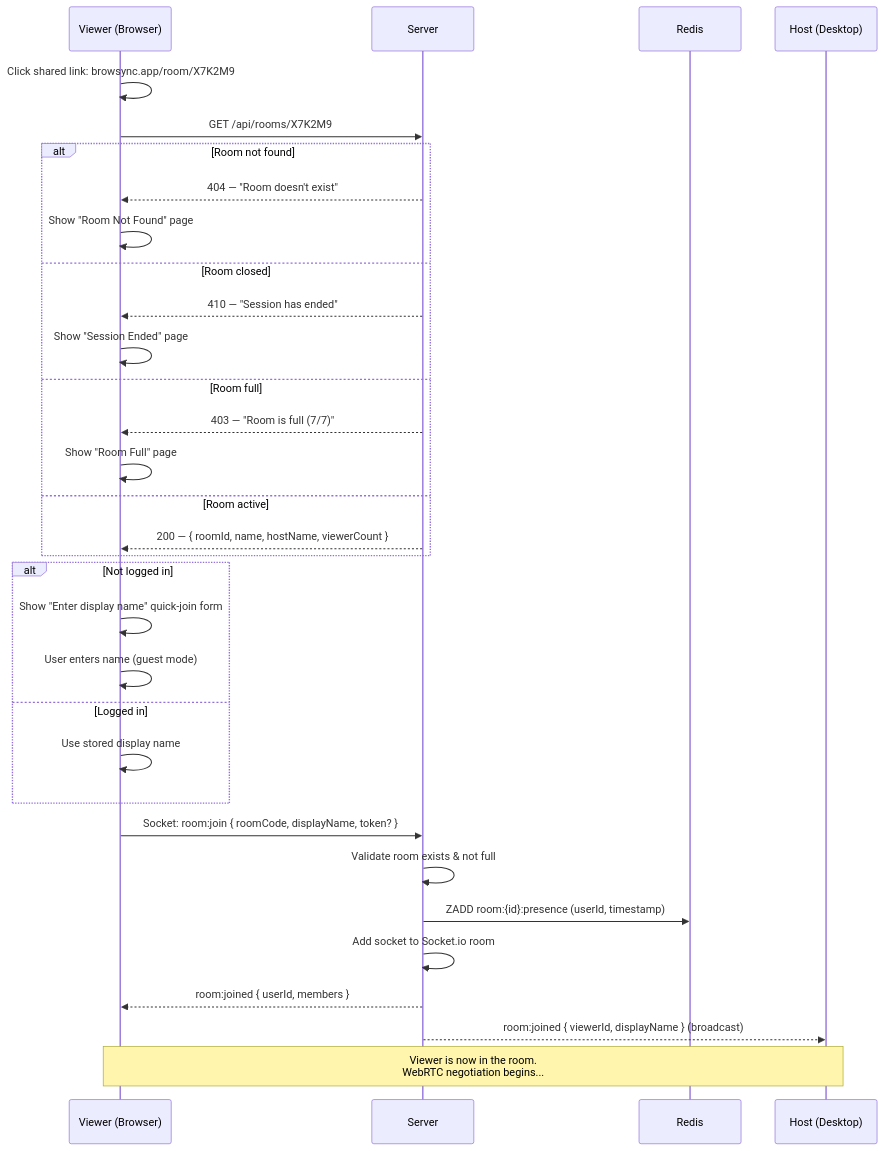
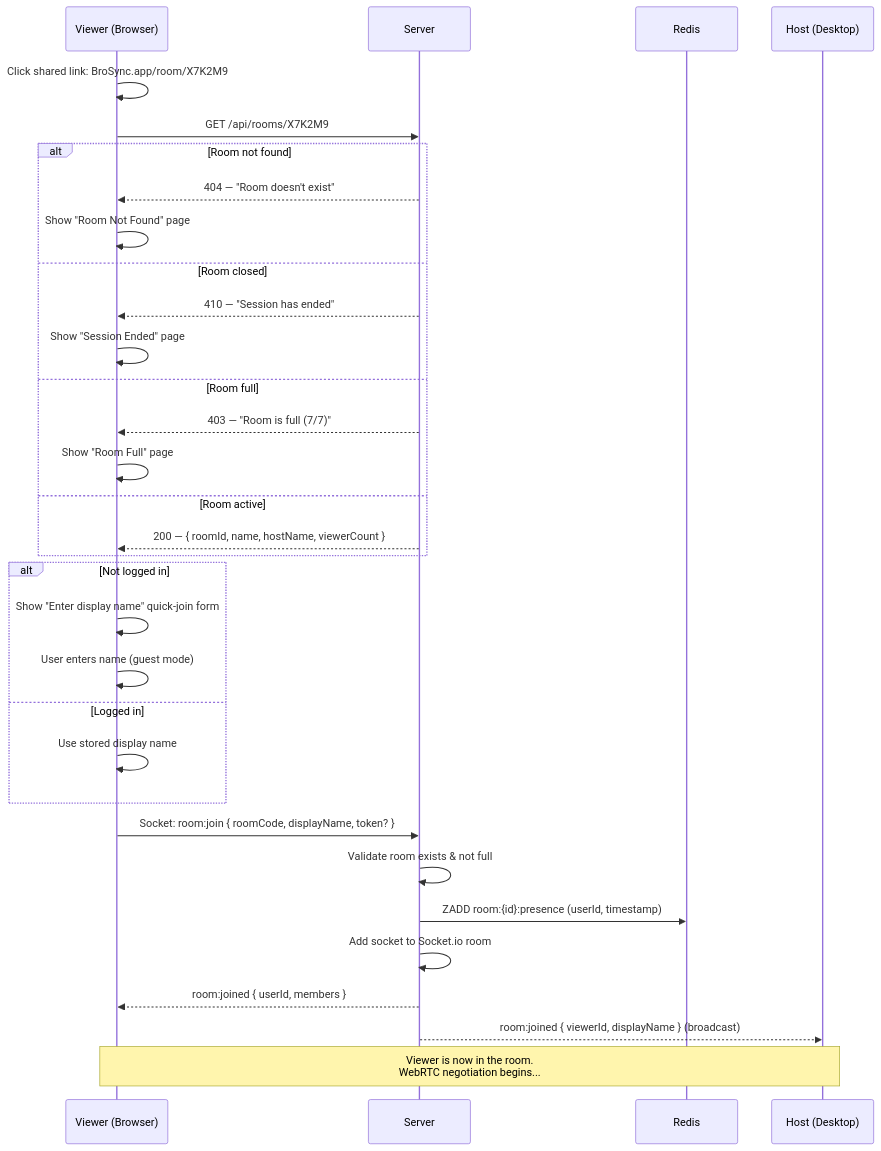
One commit to mohammedsuhail0/seamless changed the fifth of 19 diagrams in docs/04_App_Flow_Document.md. Above: the diagram before and after it, drawn with Mermaid. The commit also changed other lines of this file and 100 other files, not shown here.

Commit message:
feat(core): harden security, rebrand to BroSync, add Capacitor Android APK & WebRTC multi-tier fallback

````diff
--- a/docs/04_App_Flow_Document.md
+++ b/docs/04_App_Flow_Document.md
@@ -136,39 +136,39 @@
 ```mermaid
 sequenceDiagram
     participant V as Viewer (Browser)
     participant S as Server
     participant R as Redis
     participant H as Host (Desktop)
 
-    V->>V: Click shared link: browsync.app/room/X7K2M9
+    V->>V: Click shared link: BroSync.app/room/X7K2M9
     V->>S: GET /api/rooms/X7K2M9
 
     alt Room not found
         S-->>V: 404 — "Room doesn't exist"
         V->>V: Show "Room Not Found" page
     else Room closed
         S-->>V: 410 — "Session has ended"
         V->>V: Show "Session Ended" page
     else Room full
         S-->>V: 403 — "Room is full (7/7)"
         V->>V: Show "Room Full" page
     else Room active
         S-->>V: 200 — { roomId, name, hostName, viewerCount }
     end
 
     alt Not logged in
         V->>V: Show "Enter display name" quick-join form
         V->>V: User enters name (guest mode)
     else Logged in
         V->>V: Use stored display name
     end
 
     V->>S: Socket: room:join { roomCode, displayName, token? }
     S->>S: Validate room exists & not full
     S->>R: ZADD room:{id}:presence (userId, timestamp)
     S->>S: Add socket to Socket.io room
     S-->>V: room:joined { userId, members }
     S-->>H: room:joined { viewerId, displayName } (broadcast)
     
     Note over V,H: Viewer is now in the room.<br/>WebRTC negotiation begins...
 ```
````
